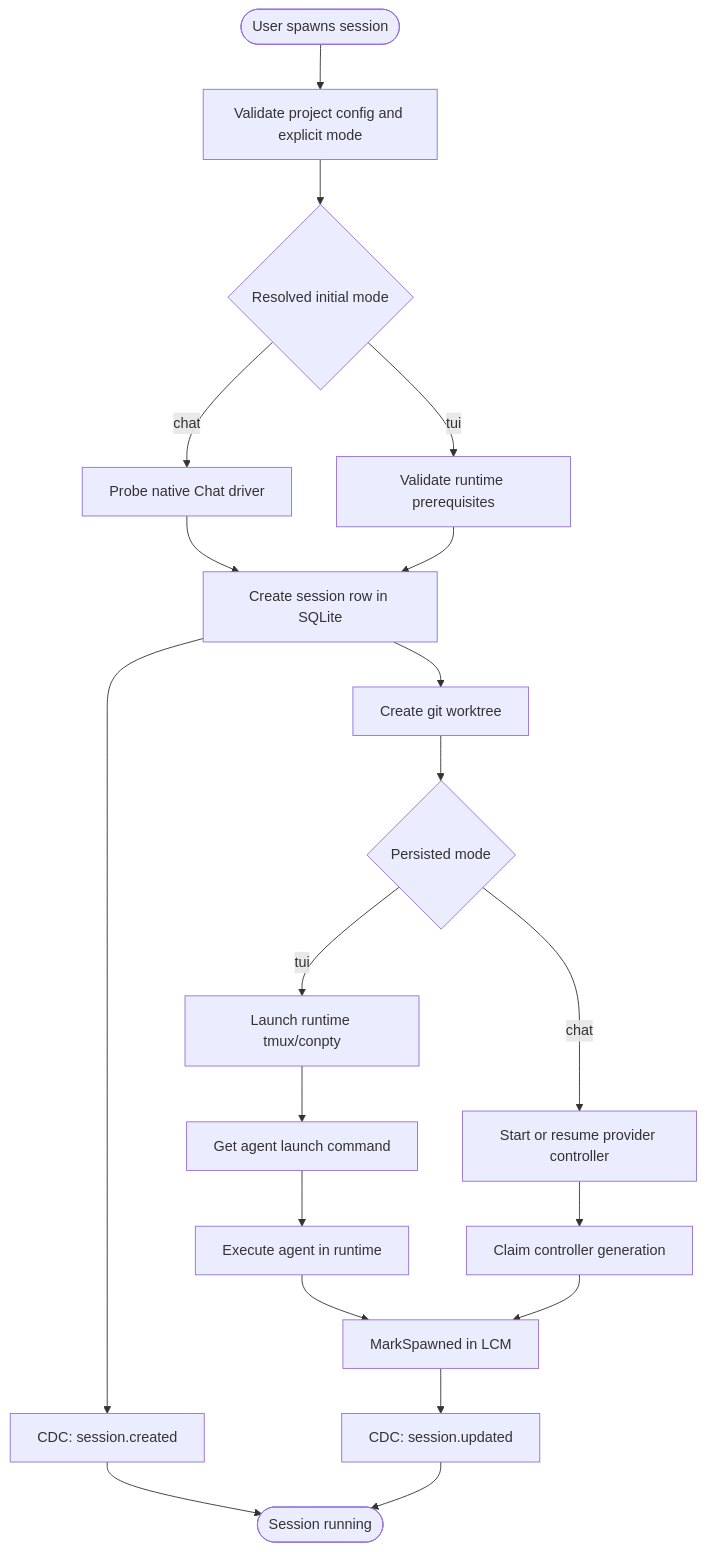
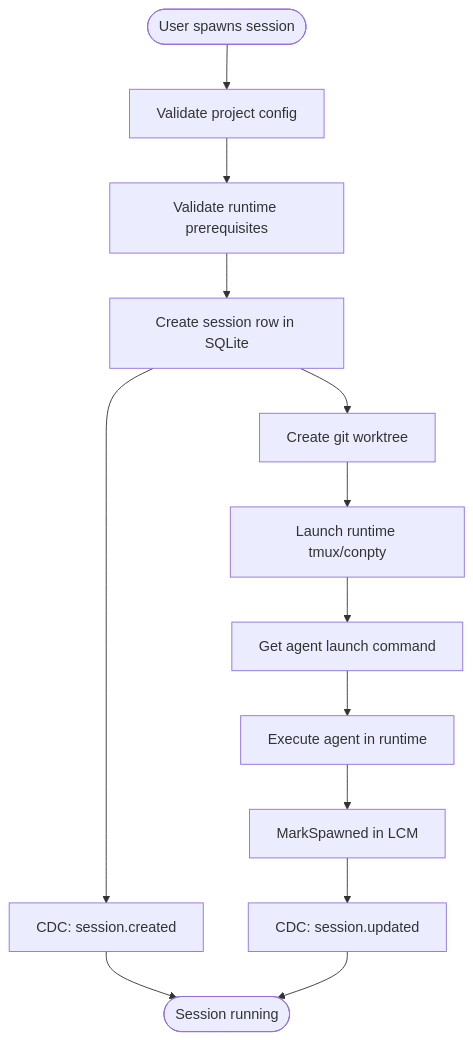
The seventh of 23 diagrams in docs/architecture.md (ercs-second-brain/agent-orchestrator), drawn with Mermaid before and after one commit. The commit also changed other lines of this file and 90 other files, not shown here.

````diff
--- a/docs/architecture.md
+++ b/docs/architecture.md
@@ -292,23 +269,16 @@
 ```mermaid
 flowchart TD
-    Start([User spawns session]) --> Validate[Validate project config and explicit mode]
-    Validate --> InitialMode{Resolved initial mode}
-    InitialMode -->|chat| Preflight[Probe native Chat driver]
-    InitialMode -->|tui| RuntimePreflight[Validate runtime prerequisites]
-    Preflight --> CreateRow[Create session row in SQLite]
-    RuntimePreflight --> CreateRow
+    Start([User spawns session]) --> Validate[Validate project config]
+    Validate --> RuntimePreflight[Validate runtime prerequisites]
+    RuntimePreflight --> CreateRow[Create session row in SQLite]
     CreateRow --> Trigger1[CDC: session.created]
     CreateRow --> CreateWS[Create git worktree]
-    CreateWS --> LaunchMode{Persisted mode}
-    LaunchMode -->|tui| CreateRT[Launch runtime tmux/conpty]
+    CreateWS --> CreateRT[Launch runtime tmux/conpty]
     CreateRT --> GetCmd[Get agent launch command]
     GetCmd --> ExecAgent[Execute agent in runtime]
-    LaunchMode -->|chat| ChatController[Start or resume provider controller]
-    ChatController --> Fence[Claim controller generation]
     ExecAgent --> MarkSpawned[MarkSpawned in LCM]
-    Fence --> MarkSpawned
     MarkSpawned --> Trigger2[CDC: session.updated]
     Trigger1 --> Done
     Trigger2 --> Done([Session running])
 
 ```
````
